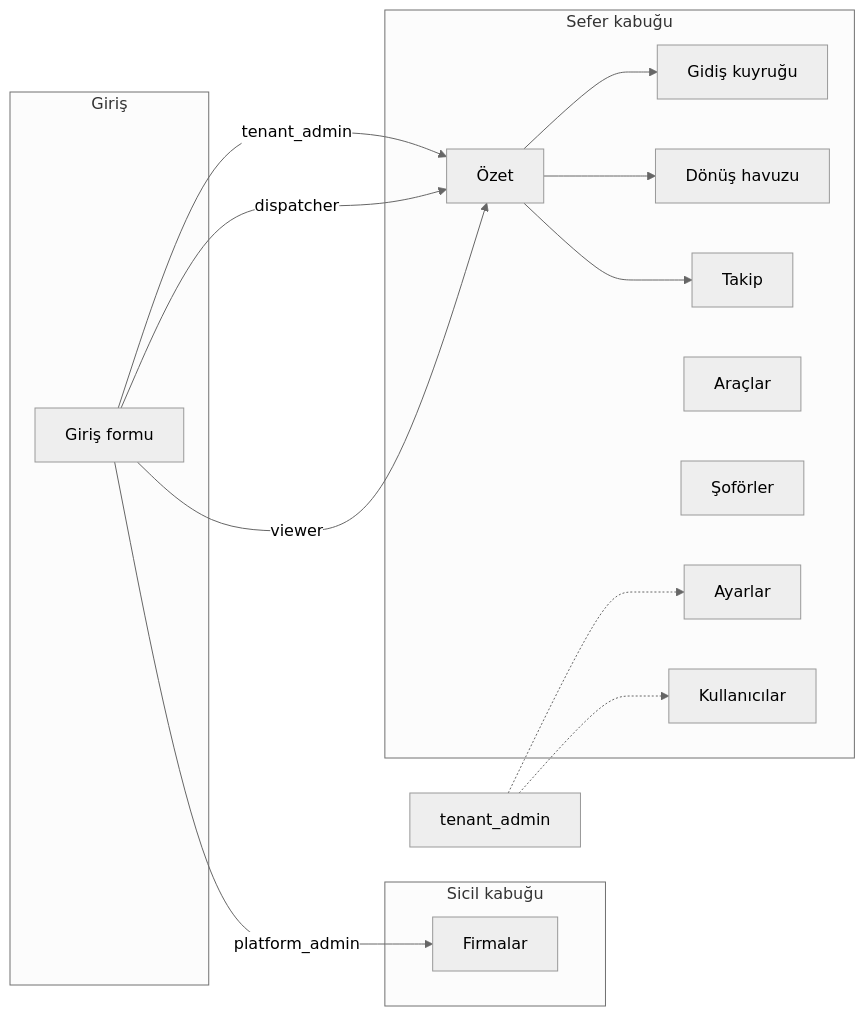
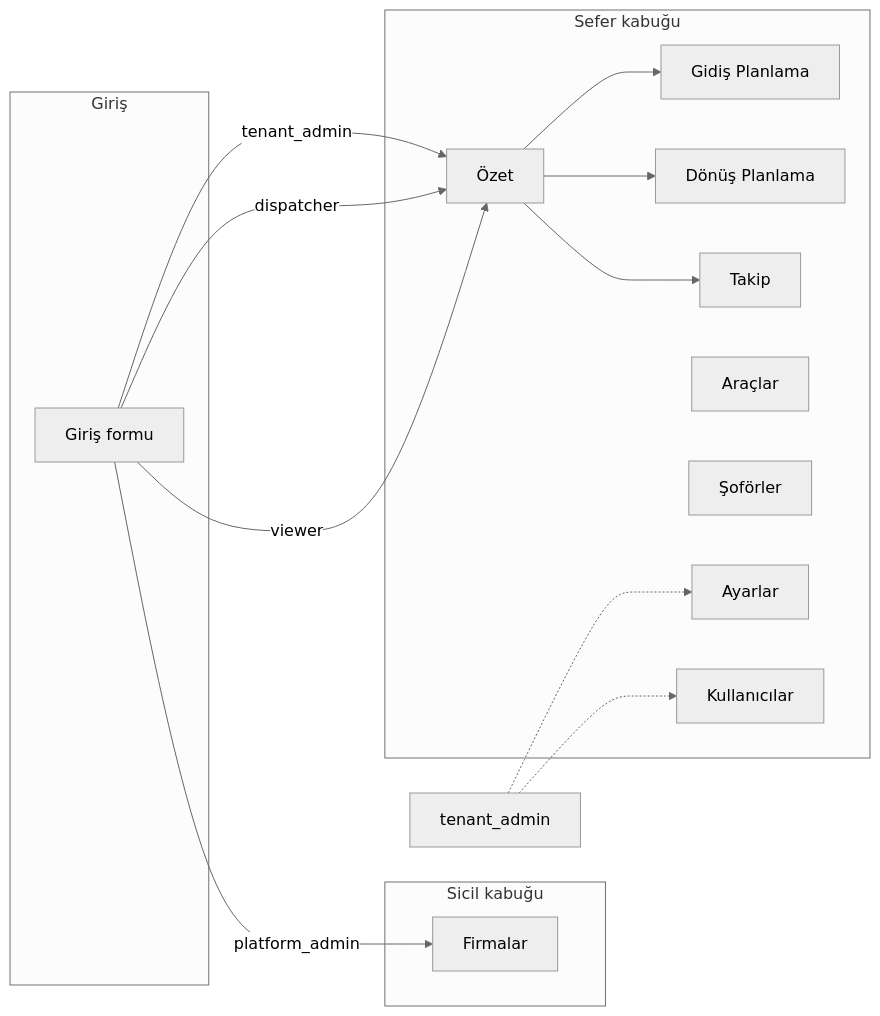
One commit to muslumcanozata/backhaul changed the first of 15 diagrams in docs/workflow.md. Above: the diagram before and after it, drawn with Mermaid (neutral theme). The commit also changed other lines of this file and 53 other files, not shown here.

````diff
--- a/docs/workflow.md
+++ b/docs/workflow.md
@@ -19,28 +19,28 @@
 ```mermaid
 flowchart LR
   subgraph Auth["Giriş"]
     L[Giriş formu]
   end
   subgraph Platform["Sicil kabuğu"]
     F[Firmalar]
   end
   subgraph Firma["Sefer kabuğu"]
     O[Özet]
-    G[Gidiş kuyruğu]
-    D[Dönüş havuzu]
+    G[Gidiş Planlama]
+    D[Dönüş Planlama]
     T[Takip]
     A[Araçlar]
     S[Şoförler]
     Y[Ayarlar]
     K[Kullanıcılar]
   end
   L -->|platform_admin| F
   L -->|tenant_admin| O
   L -->|dispatcher| O
   L -->|viewer| O
   O --> G
   O --> D
   O --> T
   tenant_admin -.-> Y
   tenant_admin -.-> K
 ```
````
